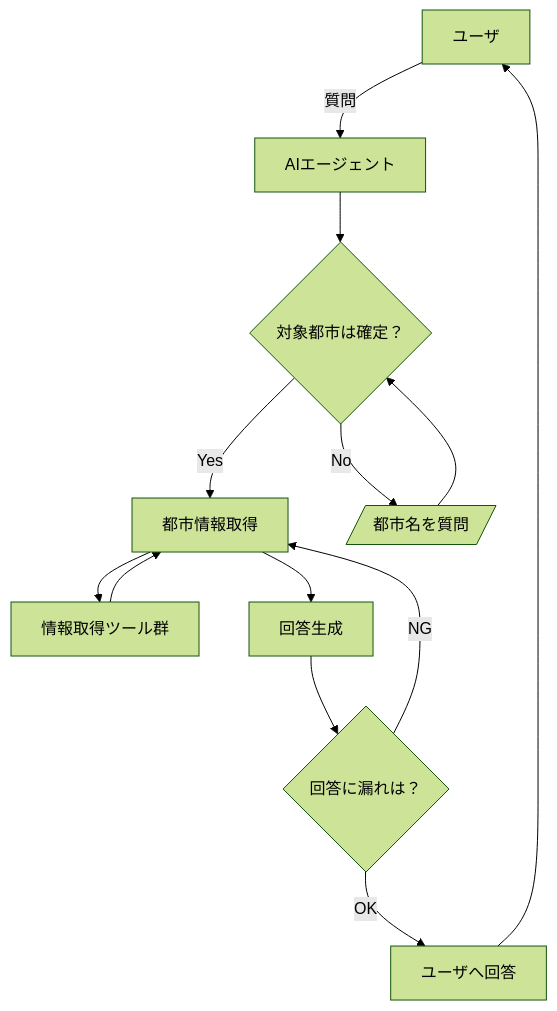
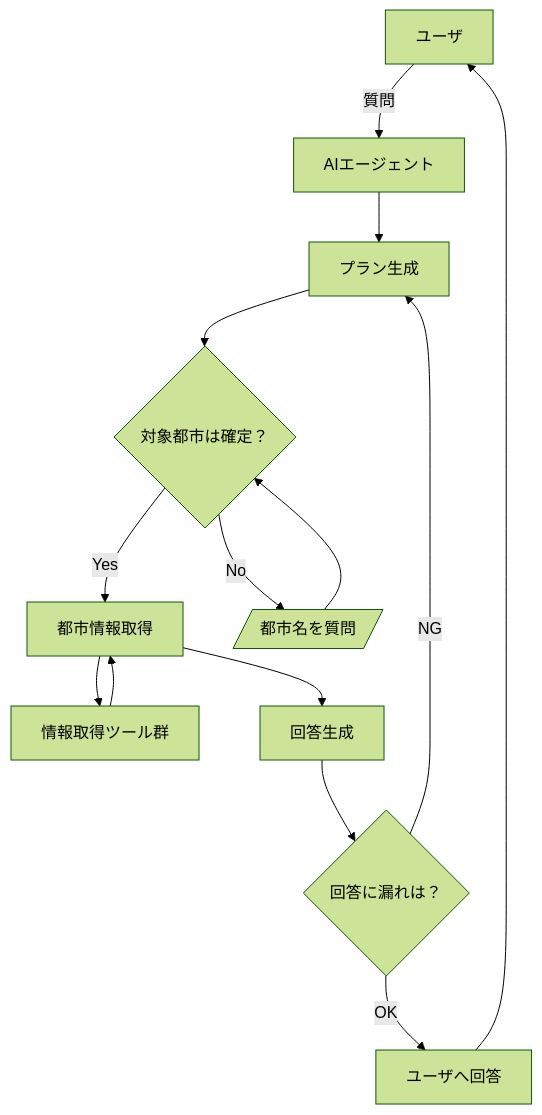
The diagram in docs/ai-agent.md (Jonh-Nash/city-information-assistant), drawn with Mermaid (forest theme) before and after one commit.

Commit message:
update: AI Agentの設計

````diff
--- a/docs/ai-agent.md
+++ b/docs/ai-agent.md
@@ -3,24 +3,27 @@
 ```mermaid
 graph TB
     %% User Interaction
     U[ユーザ] -->|質問| AG[AIエージェント]
 
+    %% Planning
+    AG --> Plan[プラン生成]
+    Plan --> DetermineCity{対象都市は確定？}
+
     %% City determination
-    AG --> DetermineCity{対象都市は確定？}
     DetermineCity -- Yes --> GatherInfo[都市情報取得]
     DetermineCity -- No --> AskCity[/都市名を質問/]
     AskCity --> DetermineCity
 
     %% Information retrieval
     GatherInfo --> Tools[情報取得ツール群]
     Tools --> GatherInfo
 
     %% Answer generation
     GatherInfo --> Compose[回答生成]
     Compose --> Validate{回答に漏れは？}
     Validate -- OK --> Response[ユーザへ回答]
-    Validate -- NG --> GatherInfo
+    Validate -- NG --> Plan
 
     %% Response
     Response --> U
 ```
````
